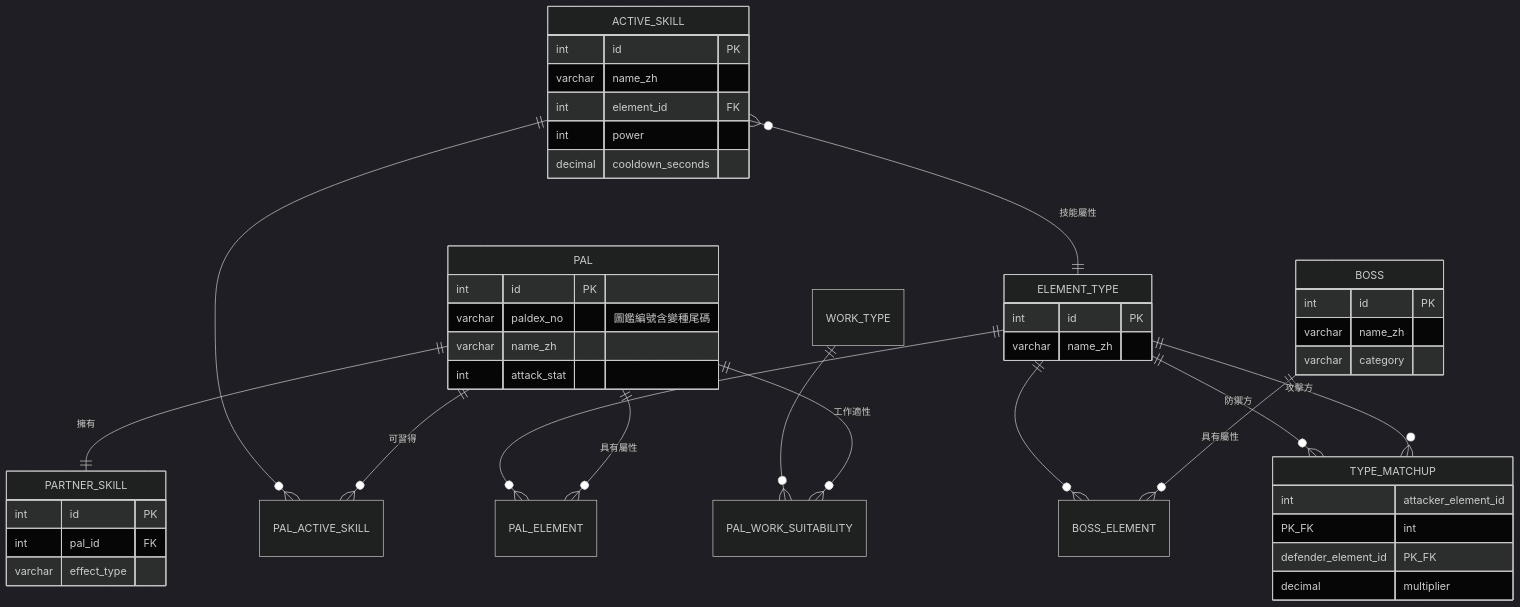
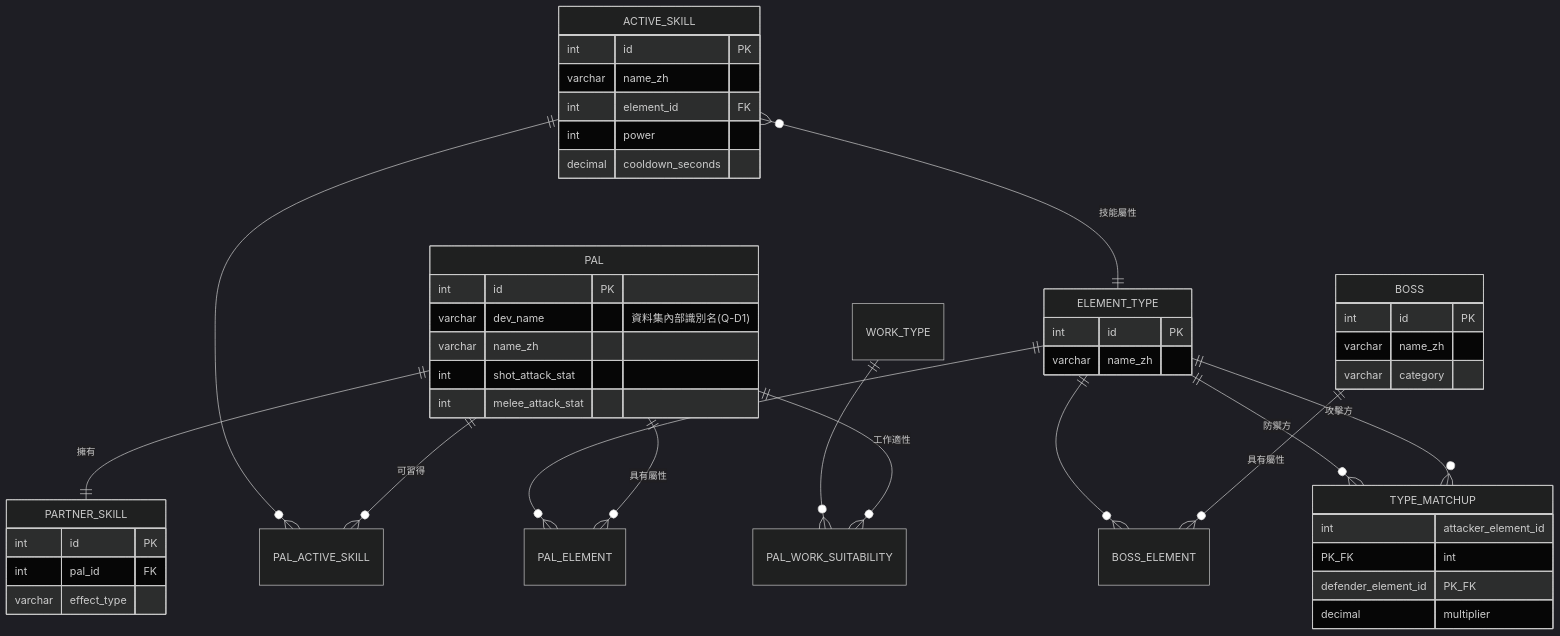
The diagram in doc/data-model.md (Mian-Tiao/palworldTeam), drawn with Mermaid (dark theme) before and after one commit. The commit also changed other lines of this file and 15 other files, not shown here.

````diff
--- a/doc/data-model.md
+++ b/doc/data-model.md
@@ -23,48 +23,49 @@
 ```mermaid
 erDiagram
     PAL ||--o{ PAL_ELEMENT : "具有屬性"
     ELEMENT_TYPE ||--o{ PAL_ELEMENT : ""
     PAL ||--o{ PAL_ACTIVE_SKILL : "可習得"
     ACTIVE_SKILL ||--o{ PAL_ACTIVE_SKILL : ""
     ACTIVE_SKILL }o--|| ELEMENT_TYPE : "技能屬性"
     PAL ||--|| PARTNER_SKILL : "擁有"
     ELEMENT_TYPE ||--o{ TYPE_MATCHUP : "攻擊方"
     ELEMENT_TYPE ||--o{ TYPE_MATCHUP : "防禦方"
     BOSS ||--o{ BOSS_ELEMENT : "具有屬性"
     ELEMENT_TYPE ||--o{ BOSS_ELEMENT : ""
     PAL ||--o{ PAL_WORK_SUITABILITY : "工作適性"
     WORK_TYPE ||--o{ PAL_WORK_SUITABILITY : ""
 
     PAL {
         int id PK
-        varchar paldex_no "圖鑑編號含變種尾碼"
+        varchar dev_name "資料集內部識別名(Q-D1)"
         varchar name_zh
-        int attack_stat
+        int shot_attack_stat
+        int melee_attack_stat
     }
     ELEMENT_TYPE {
         int id PK
         varchar name_zh
     }
     TYPE_MATCHUP {
         int attacker_element_id PK_FK
         int defender_element_id PK_FK
         decimal multiplier
     }
     ACTIVE_SKILL {
         int id PK
         varchar name_zh
         int element_id FK
         int power
         decimal cooldown_seconds
     }
     PARTNER_SKILL {
         int id PK
         int pal_id FK
         varchar effect_type
     }
     BOSS {
         int id PK
         varchar name_zh
         varchar category
     }
 ```
````
